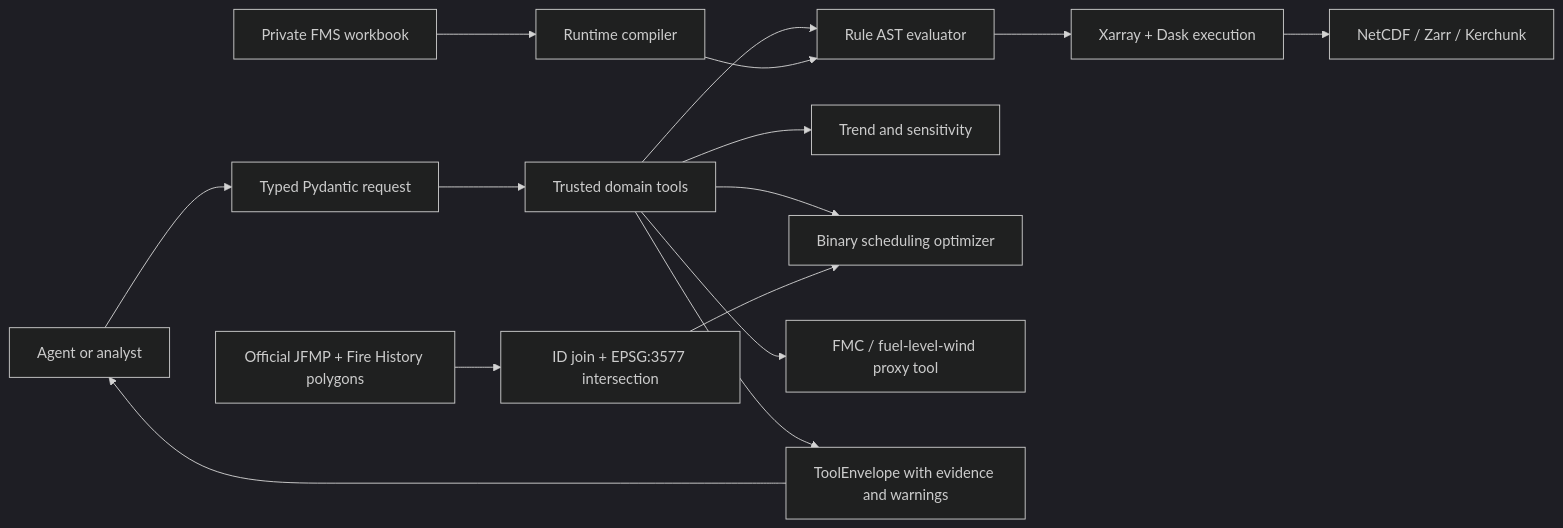
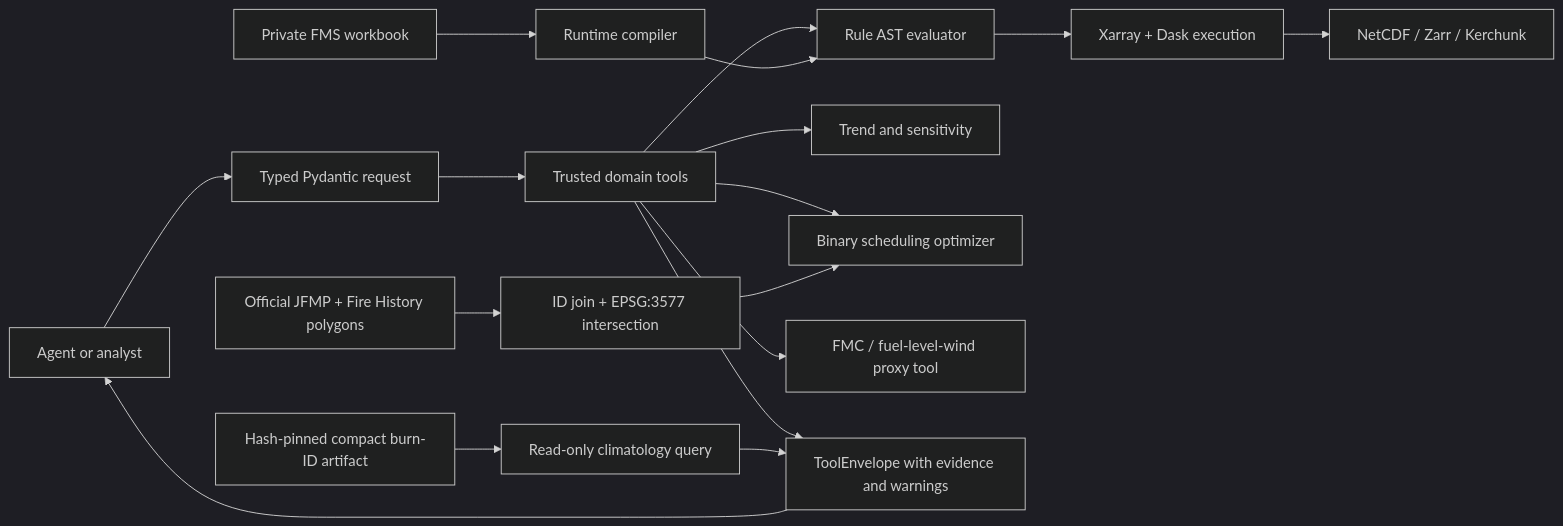
Before and after one commit to larry-liyuanfan/wildfire-burn-window-decision-support: the first of 2 diagrams in docs/architecture.md, drawn with Mermaid (dark theme). The commit also changed other lines of this file and 19 other files, not shown here.

Commit message:
Implement sparse burn-ID climatology workflow

````diff
--- a/docs/architecture.md
+++ b/docs/architecture.md
@@ -5,17 +5,19 @@
 ```mermaid
 flowchart LR
     A["Agent or analyst"] --> B["Typed Pydantic request"]
     B --> C["Trusted domain tools"]
     C --> D["Rule AST evaluator"]
     C --> E["Trend and sensitivity"]
     C --> F["Binary scheduling optimizer"]
     C --> L["FMC / fuel-level-wind proxy tool"]
     M["Official JFMP + Fire History polygons"] --> N["ID join + EPSG:3577 intersection"]
     N --> F
     D --> G["Xarray + Dask execution"]
     G --> H["NetCDF / Zarr / Kerchunk"]
     I["Private FMS workbook"] --> J["Runtime compiler"]
     J --> D
     C --> K["ToolEnvelope with evidence and warnings"]
+    O["Hash-pinned compact burn-ID artifact"] --> Q["Read-only climatology query"]
+    Q --> K
     K --> A
 ```
````
